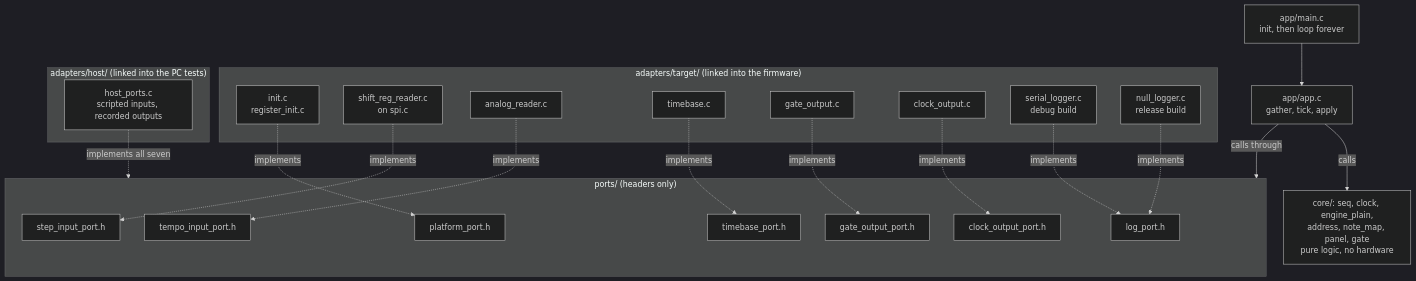
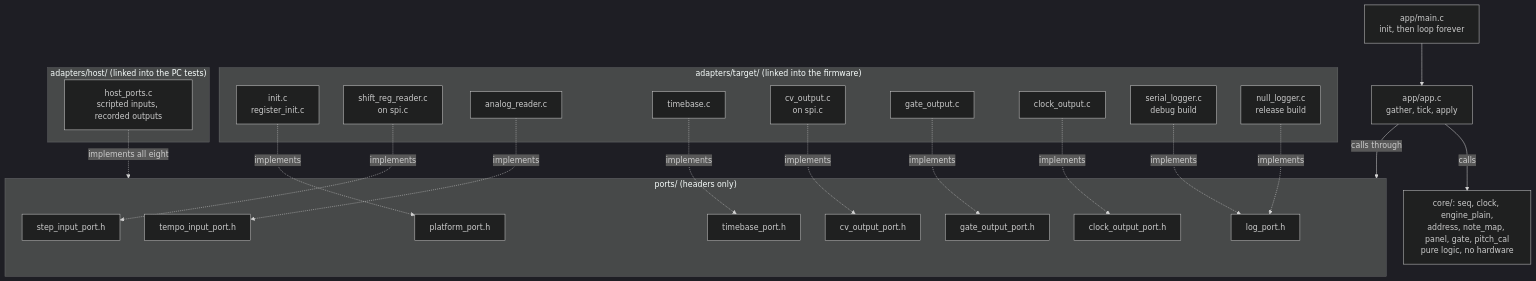
The second of 21 diagrams in docs/ARCHITECTURE.md (BonelessPig/nano_sequencer), drawn with Mermaid (dark theme) before and after one commit. The commit also changed other lines of this file and 34 other files, not shown here.

````diff
--- a/docs/ARCHITECTURE.md
+++ b/docs/ARCHITECTURE.md
@@ -51,37 +53,40 @@
 ```mermaid
 flowchart TD
     main["app/main.c<br/>init, then loop forever"] --> app["app/app.c<br/>gather, tick, apply"]
-    app -->|"calls"| core["core/: seq, clock, engine_plain,<br/>address, note_map, panel, gate<br/>pure logic, no hardware"]
+    app -->|"calls"| core["core/: seq, clock, engine_plain,<br/>address, note_map, panel, gate, pitch_cal<br/>pure logic, no hardware"]
     app -->|"calls through"| ports
     subgraph ports["ports/ (headers only)"]
         p_platform["platform_port.h"]
         p_step["step_input_port.h"]
         p_tempo["tempo_input_port.h"]
         p_time["timebase_port.h"]
+        p_cv["cv_output_port.h"]
         p_gate["gate_output_port.h"]
         p_clock["clock_output_port.h"]
         p_log["log_port.h"]
     end
     subgraph target["adapters/target/ (linked into the firmware)"]
         t_init["init.c<br/>register_init.c"]
         t_shift["shift_reg_reader.c<br/>on spi.c"]
         t_adc["analog_reader.c"]
         t_time["timebase.c"]
+        t_cv["cv_output.c<br/>on spi.c"]
         t_gate["gate_output.c"]
         t_clock["clock_output.c"]
         t_serial["serial_logger.c<br/>debug build"]
         t_null["null_logger.c<br/>release build"]
     end
     subgraph host["adapters/host/ (linked into the PC tests)"]
         h_ports["host_ports.c<br/>scripted inputs, recorded outputs"]
     end
     t_init -.->|"implements"| p_platform
     t_shift -.->|"implements"| p_step
     t_adc -.->|"implements"| p_tempo
     t_time -.->|"implements"| p_time
+    t_cv -.->|"implements"| p_cv
     t_gate -.->|"implements"| p_gate
     t_clock -.->|"implements"| p_clock
     t_serial -.->|"implements"| p_log
     t_null -.->|"implements"| p_log
-    h_ports -.->|"implements all seven"| ports
+    h_ports -.->|"implements all eight"| ports
 ```
````
